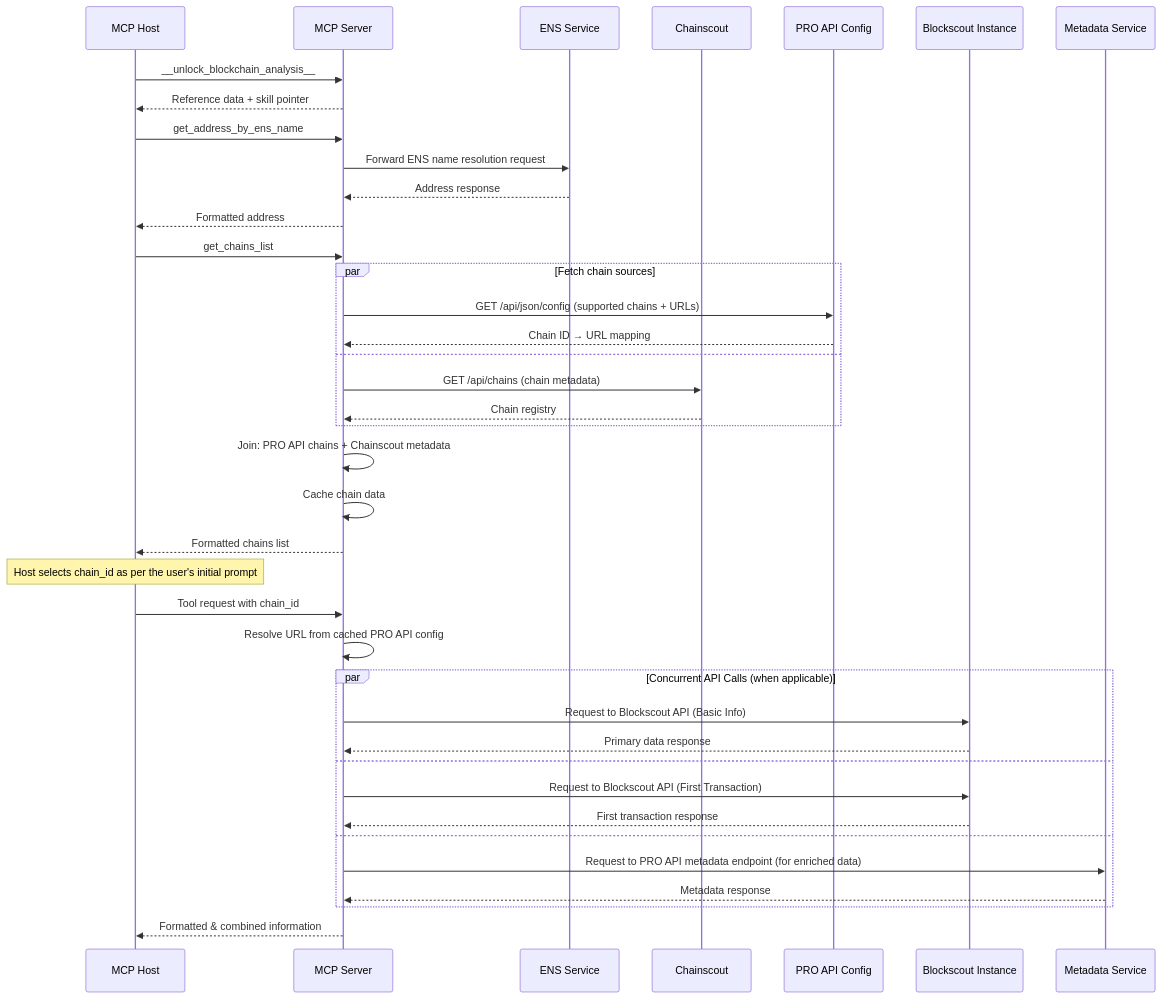
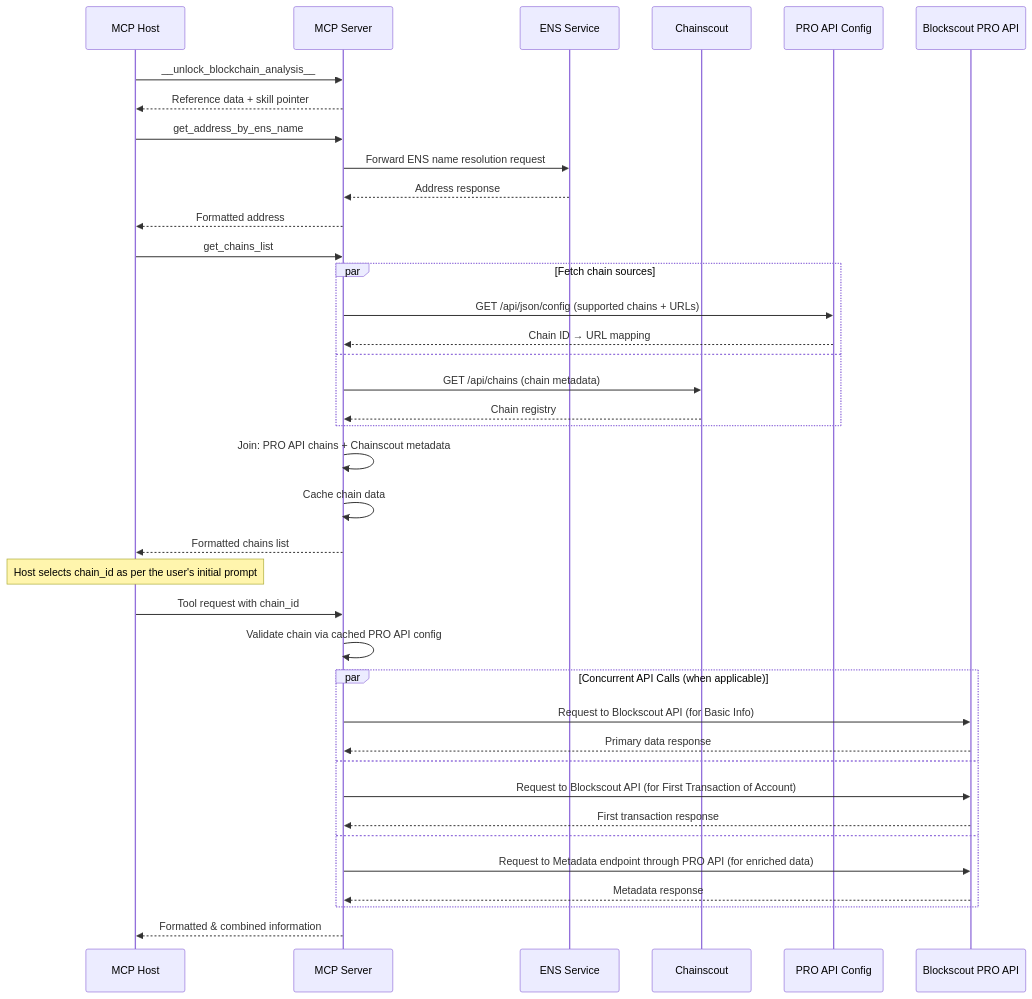
One commit to blockscout/mcp-server changed the first of 3 diagrams in SPEC.md. Above: the diagram before and after it, drawn with Mermaid. The commit also changed other lines of this file and 81 other files, not shown here.

Commit message:
Switch to PRO API (#384)

````diff
--- a/SPEC.md
+++ b/SPEC.md
@@ -73,46 +73,45 @@
 ```mermaid
 sequenceDiagram
     participant AI as MCP Host
     participant MCP as MCP Server
     participant BENS as ENS Service
     participant CS as Chainscout
     participant ProAPI as PRO API Config
-    participant BS as Blockscout Instance
-    participant Metadata as Metadata Service
+    participant BS as Blockscout PRO API
 
     AI->>MCP: __unlock_blockchain_analysis__
     MCP-->>AI: Reference data + skill pointer
 
     AI->>MCP: get_address_by_ens_name
     MCP->>BENS: Forward ENS name resolution request
     BENS-->>MCP: Address response
     MCP-->>AI: Formatted address
 
     AI->>MCP: get_chains_list
     par Fetch chain sources
         MCP->>ProAPI: GET /api/json/config (supported chains + URLs)
         ProAPI-->>MCP: Chain ID → URL mapping
     and
         MCP->>CS: GET /api/chains (chain metadata)
         CS-->>MCP: Chain registry
     end
     MCP->>MCP: Join: PRO API chains + Chainscout metadata
     MCP->>MCP: Cache chain data
     MCP-->>AI: Formatted chains list
 
     Note over AI: Host selects chain_id as per the user's initial prompt
 
     AI->>MCP: Tool request with chain_id
-    MCP->>MCP: Resolve URL from cached PRO API config
+    MCP->>MCP: Validate chain via cached PRO API config
     par Concurrent API Calls (when applicable)
-        MCP->>BS: Request to Blockscout API (Basic Info)
+        MCP->>BS: Request to Blockscout API (for Basic Info)
         BS-->>MCP: Primary data response
     and
-        MCP->>BS: Request to Blockscout API (First Transaction)
+        MCP->>BS: Request to Blockscout API (for First Transaction of Account)
         BS-->>MCP: First transaction response
     and
-        MCP->>Metadata: Request to PRO API metadata endpoint (for enriched data)
-        Metadata-->>MCP: Metadata response
+        MCP->>BS: Request to Metadata endpoint through PRO API (for enriched data)
+        BS-->>MCP: Metadata response
     end
     MCP-->>AI: Formatted & combined information
 ```
````
